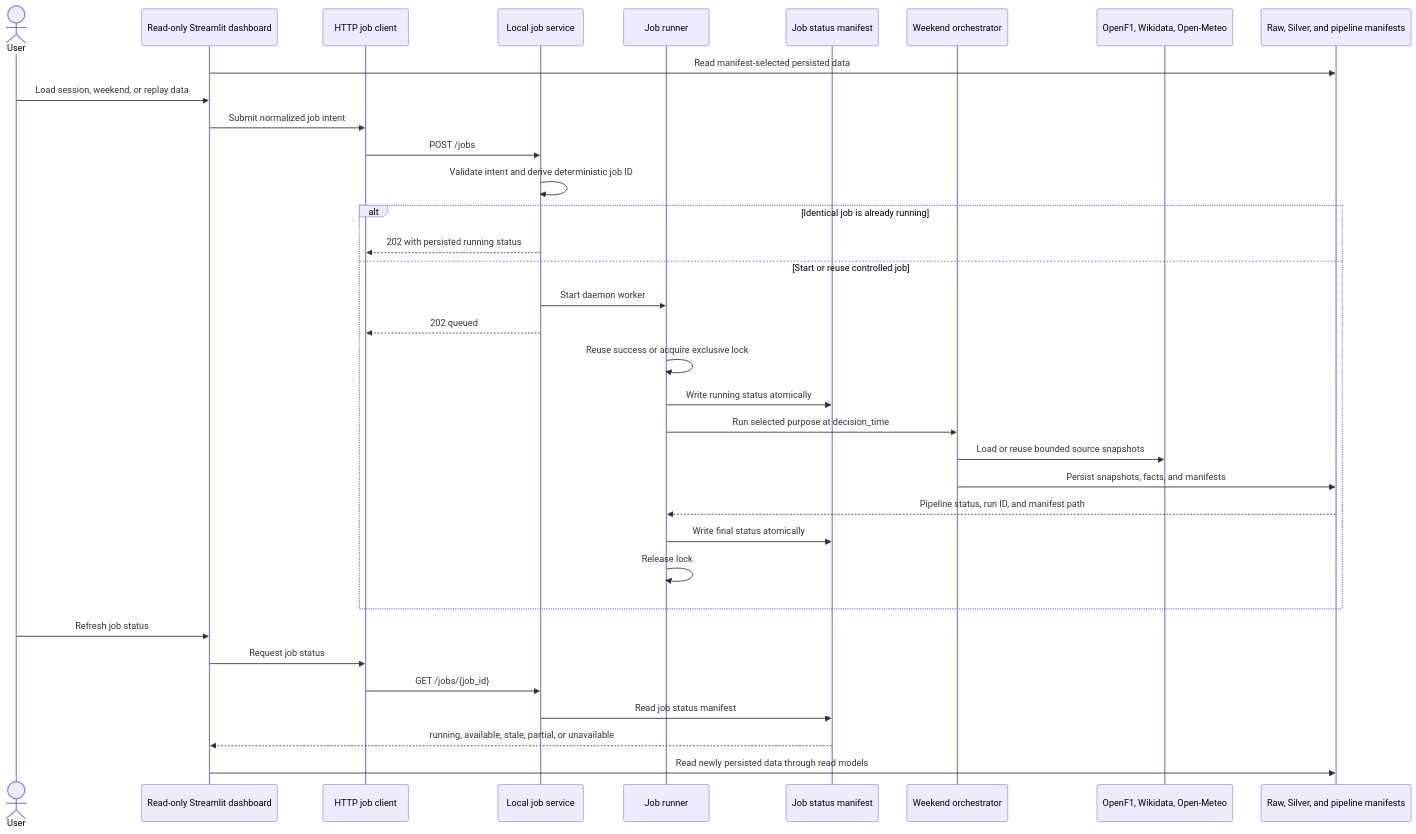
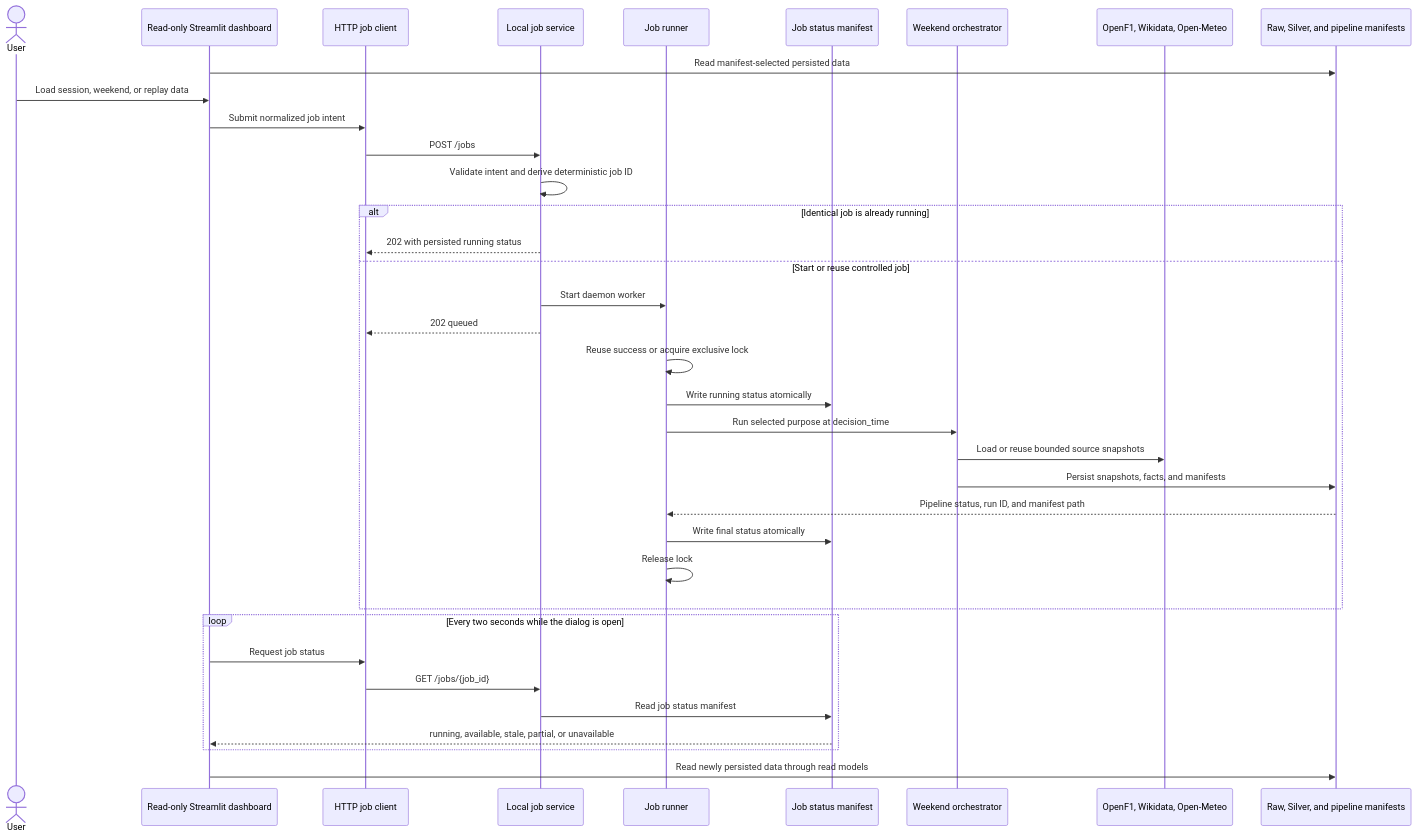
The fifth of 5 diagrams in README.md (vvleo23/f1-strat), drawn with Mermaid before and after one commit. The commit also changed other lines of this file and 1 other file, not shown here.

Commit message:
ui button improvement

````diff
--- a/README.md
+++ b/README.md
@@ -455,40 +457,41 @@
 ```mermaid
 sequenceDiagram
     actor User
     participant UI as Read-only Streamlit dashboard
     participant Client as HTTP job client
     participant Service as Local job service
     participant Runner as Job runner
     participant Status as Job status manifest
     participant Pipeline as Weekend orchestrator
     participant Sources as OpenF1, Wikidata, Open-Meteo
     participant Data as Raw, Silver, and pipeline manifests
 
     UI->>Data: Read manifest-selected persisted data
     User->>UI: Load session, weekend, or replay data
     UI->>Client: Submit normalized job intent
     Client->>Service: POST /jobs
     Service->>Service: Validate intent and derive deterministic job ID
 
     alt Identical job is already running
         Service-->>Client: 202 with persisted running status
     else Start or reuse controlled job
         Service->>Runner: Start daemon worker
         Service-->>Client: 202 queued
         Runner->>Runner: Reuse success or acquire exclusive lock
         Runner->>Status: Write running status atomically
         Runner->>Pipeline: Run selected purpose at decision_time
         Pipeline->>Sources: Load or reuse bounded source snapshots
         Pipeline->>Data: Persist snapshots, facts, and manifests
         Data-->>Runner: Pipeline status, run ID, and manifest path
         Runner->>Status: Write final status atomically
         Runner->>Runner: Release lock
     end
 
-    User->>UI: Refresh job status
-    UI->>Client: Request job status
-    Client->>Service: GET /jobs/{job_id}
-    Service->>Status: Read job status manifest
-    Status-->>UI: running, available, stale, partial, or unavailable
+    loop Every two seconds while the dialog is open
+        UI->>Client: Request job status
+        Client->>Service: GET /jobs/{job_id}
+        Service->>Status: Read job status manifest
+        Status-->>UI: running, available, stale, partial, or unavailable
+    end
     UI->>Data: Read newly persisted data through read models
 ```
````
